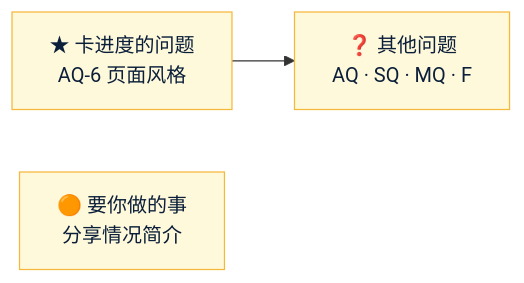
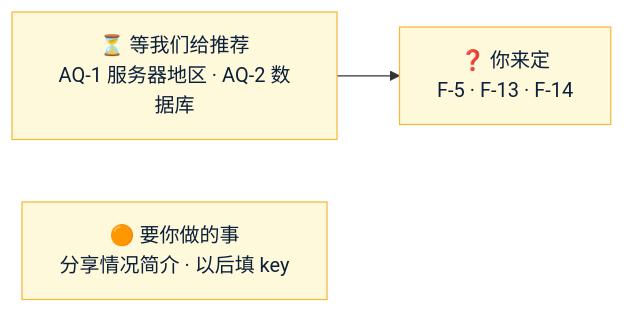
Before and after one commit to dollar3651314/forecast: the diagram in Amos待办.md, drawn with Mermaid. The commit also changed other lines of this file, not shown here.

First line of the commit message:
Amos 待办 v1.4：记录 AQ、SQ、MQ 答复；新增 T3、T4（key 由 Amos 自己填）

````diff
--- a/Amos待办.md
+++ b/Amos待办.md
@@ -10,7 +10,7 @@
 ```mermaid
 flowchart LR
-    A["★ 卡进度的问题<br/>AQ-6 页面风格"] --> B["❓ 其他问题<br/>AQ · SQ · MQ · F"]
-    T["🟠 要你做的事<br/>分享情况简介"]
+    A["⏳ 等我们给推荐<br/>AQ-1 服务器地区 · AQ-2 数据库"] --> B["❓ 你来定<br/>F-5 · F-13 · F-14"]
+    T["🟠 要你做的事<br/>分享情况简介 · 以后填 key"]
     classDef amos fill:#FFF9DB,stroke:#F5B83D,color:#0B1F3A
     class A,B,T amos
 ```
````
